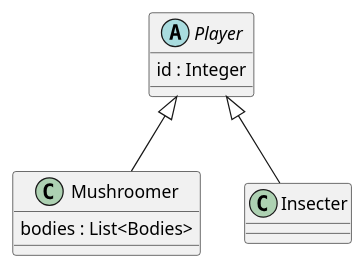
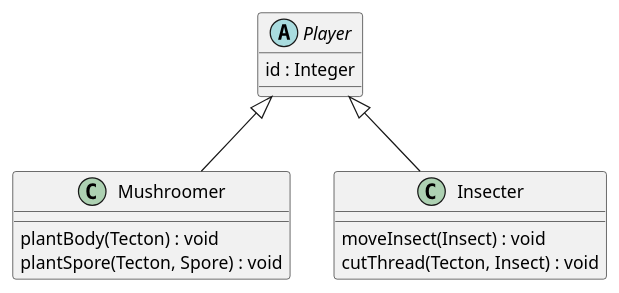
The diagram in 3/classes/player.puml (Petya-G/fungorium), drawn with PlantUML before and after one commit. The commit also changed 8 other files, not shown here.

```diff
--- a/3/classes/player.puml
+++ b/3/classes/player.puml
@@ -1,16 +1,17 @@
-@startuml
+@startuml player
 abstract class Player{
     id : Integer
-
 }
 
 Player <|-- Mushroomer
 class Mushroomer{
-    bodies : List<Bodies>
+    plantBody(Tecton) : void
+    plantSpore(Tecton, Spore) : void
 }
 
 Player <|-- Insecter
 class Insecter{
-
+    moveInsect(Insect) : void
+    cutThread(Tecton, Insect) : void
 }
 @enduml
```
